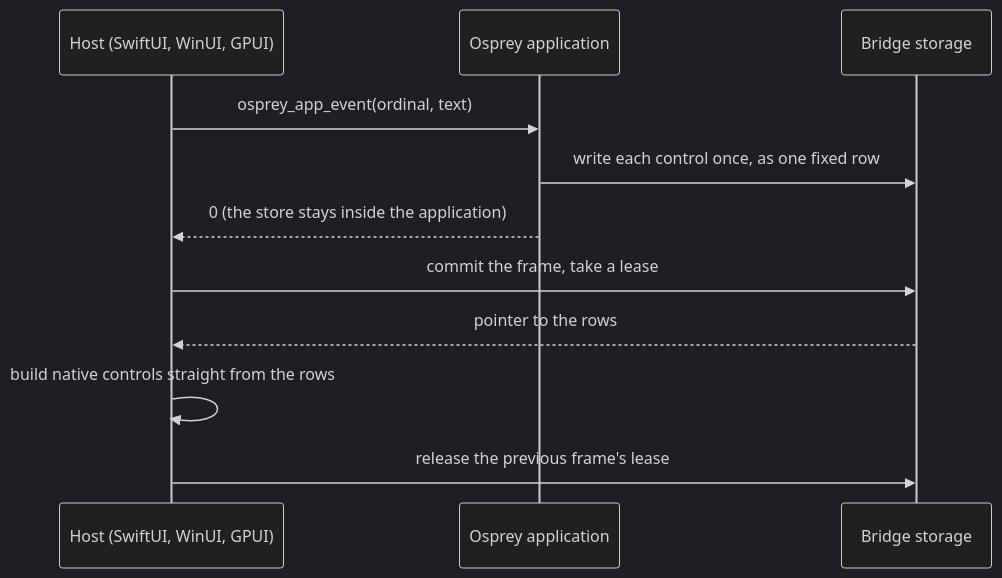
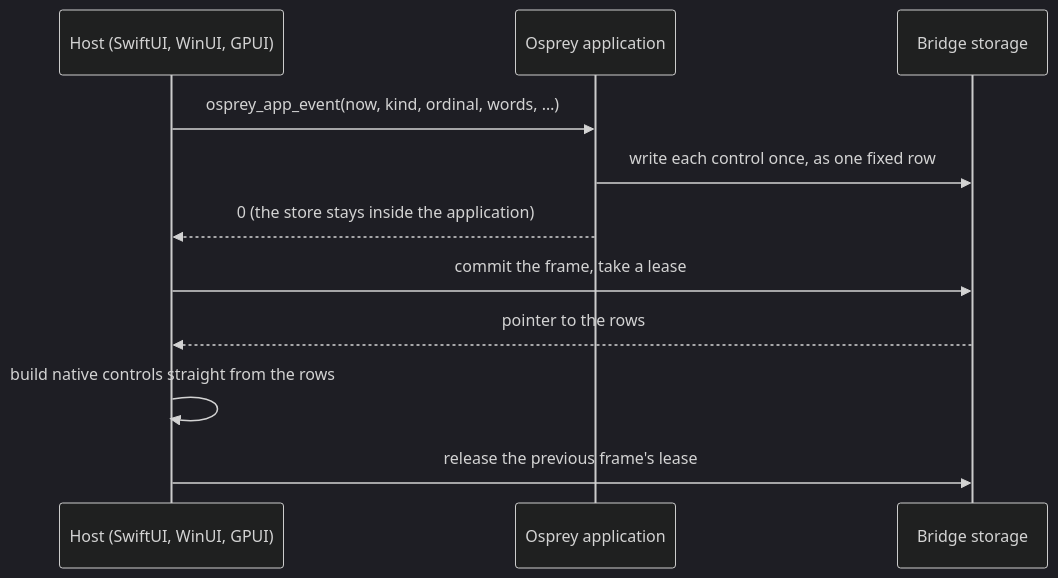
One commit to Nimblesite/osprey changed the diagram in docs/specs/applications/0053-NativeSharedViews.md. Above: the diagram before and after it, drawn with Mermaid (dark theme). The commit also changed other lines of this file and 5 other files, not shown here.

````diff
--- a/docs/specs/applications/0053-NativeSharedViews.md
+++ b/docs/specs/applications/0053-NativeSharedViews.md
@@ -20,13 +9,13 @@
 ```mermaid
 sequenceDiagram
     participant H as Host (SwiftUI, WinUI, GPUI)
     participant A as Osprey application
     participant B as Bridge storage
-    H->>A: osprey_app_event(ordinal, text)
+    H->>A: osprey_app_event(now, kind, ordinal, words, …)
     A->>B: write each control once, as one fixed row
     A-->>H: 0 (the store stays inside the application)
     H->>B: commit the frame, take a lease
     B-->>H: pointer to the rows
     H->>H: build native controls straight from the rows
     H->>B: release the previous frame's lease
 ```
````
